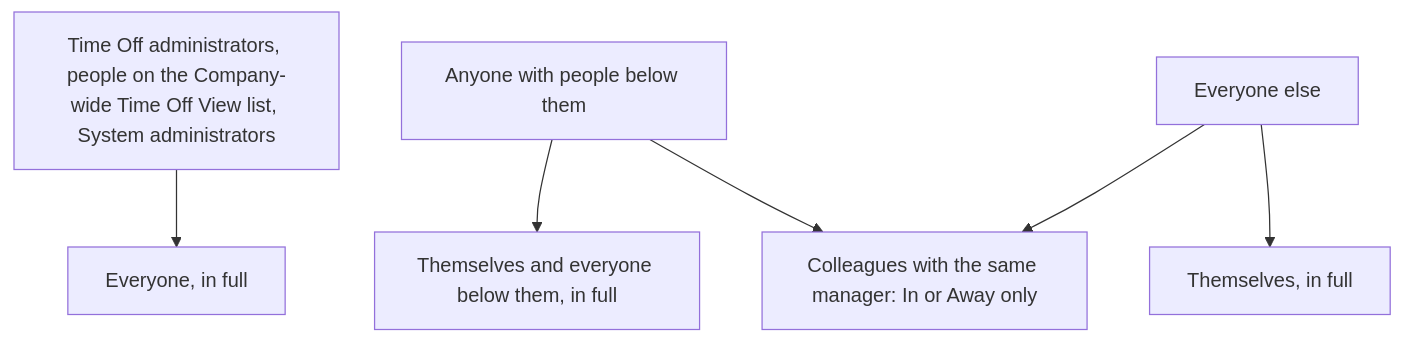
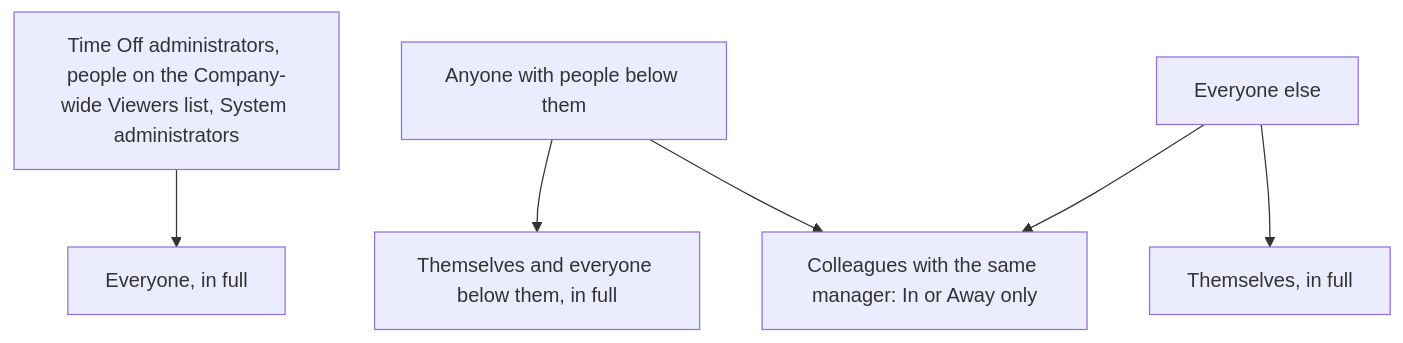
Before and after one commit to dennokorir/tritel_erp_training: the diagram in training-portal/src/content/docs/leave/concepts/who-sees-what.mdx, drawn with Mermaid. The commit also changed other lines of this file and 41 other files, not shown here.

First line of the commit message:
docs(training-portal): Time Off sync to tritel-addons 83d4cd6 (Leave Coverage, menus by role)

````diff
--- a/training-portal/src/content/docs/leave/concepts/who-sees-what.mdx
+++ b/training-portal/src/content/docs/leave/concepts/who-sees-what.mdx
@@ -23,9 +23,9 @@
 ```mermaid
 flowchart TD
 %% docs-sync: shows tritel_hr_leave:menu:menu_team_presence, tritel_hr_leave:client_action:action_team_presence, tritel_hr_leave:route:/my/presence, tritel_hr_leave:route:/my/team-leave/<int:employee_id>
-  HR["Time Off administrators, people on the Company-wide Time Off View list, System administrators"] --> ALL["Everyone, in full"]
+  HR["Time Off administrators, people on the Company-wide Viewers list, System administrators"] --> ALL["Everyone, in full"]
   M["Anyone with people below them"] --> TEAM["Themselves and everyone below them, in full"]
   M --> PEER["Colleagues with the same manager: In or Away only"]
   E["Everyone else"] --> SELF["Themselves, in full"]
   E --> PEER
 ```
````
